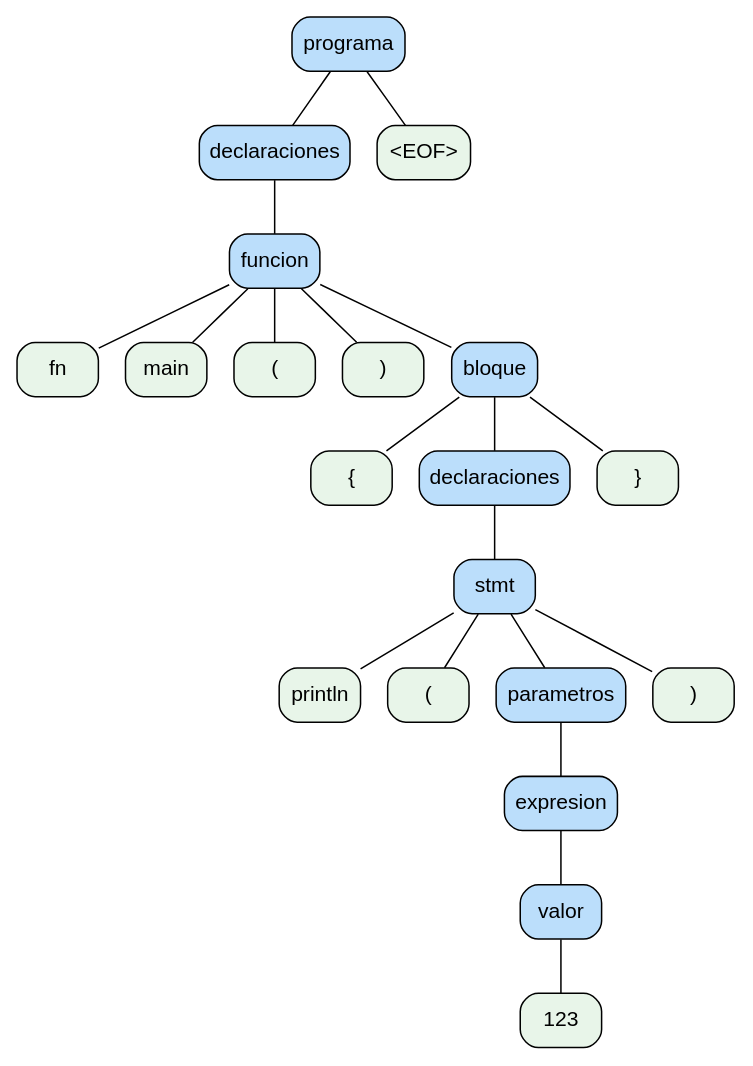
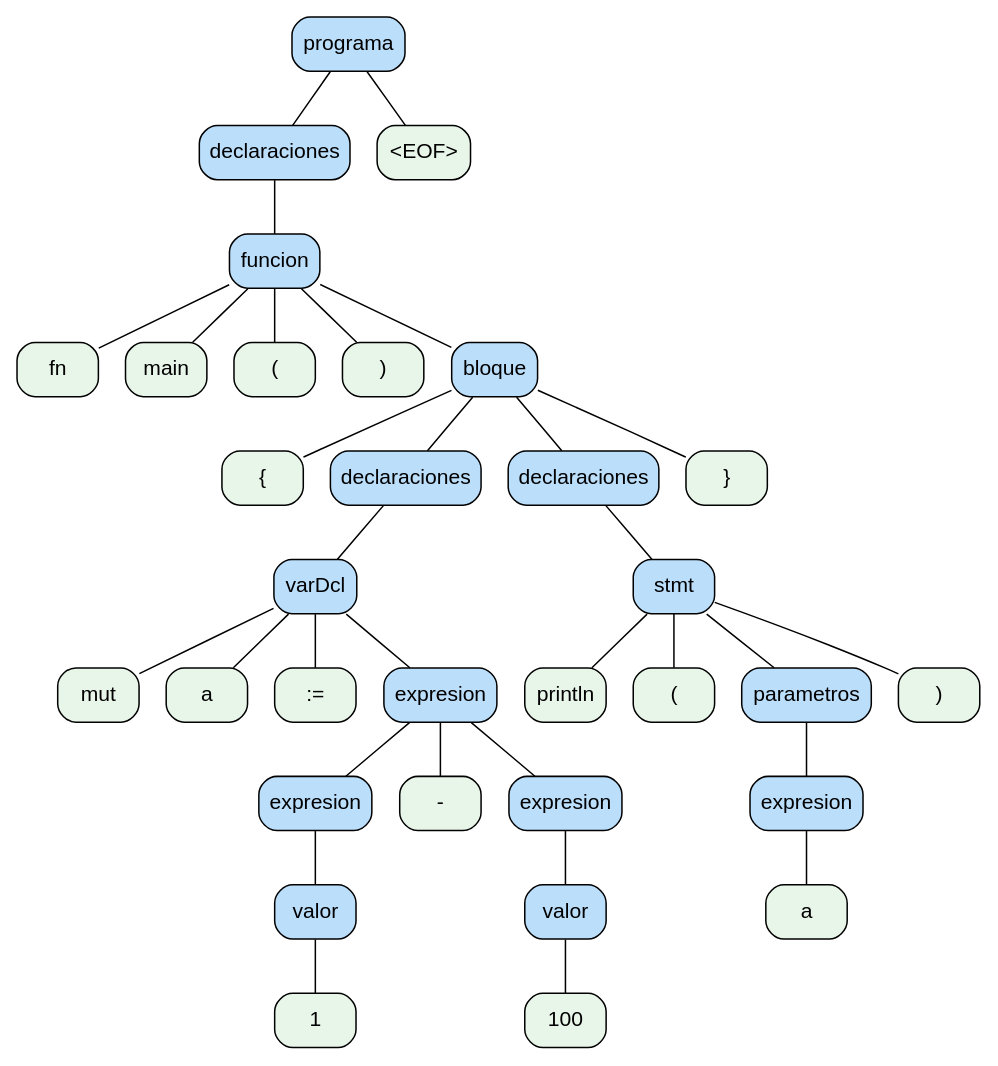
Before and after one commit to YairCarrito45/-OLC2_Proyecto2_G19: the diagram in ast.dot, drawn with Graphviz. The commit also changed 5 other files, not shown here.

```diff
--- a/ast.dot
+++ b/ast.dot
@@ -1,43 +1,67 @@
 digraph G {
   node [shape=box, style="rounded,filled", fontname="Arial"];
   edge [arrowhead=none];
   0 [label="programa", fillcolor="#bbdefb"];
   1 [label="declaraciones", fillcolor="#bbdefb"];
   2 [label="funcion", fillcolor="#bbdefb"];
   3 [label="fn", fillcolor="#e8f5e9"];
   2 -> 3;
   4 [label="main", fillcolor="#e8f5e9"];
   2 -> 4;
   5 [label="(", fillcolor="#e8f5e9"];
   2 -> 5;
   6 [label=")", fillcolor="#e8f5e9"];
   2 -> 6;
   7 [label="bloque", fillcolor="#bbdefb"];
   8 [label="{", fillcolor="#e8f5e9"];
   7 -> 8;
   9 [label="declaraciones", fillcolor="#bbdefb"];
-  10 [label="stmt", fillcolor="#bbdefb"];
-  11 [label="println", fillcolor="#e8f5e9"];
+  10 [label="varDcl", fillcolor="#bbdefb"];
+  11 [label="mut", fillcolor="#e8f5e9"];
   10 -> 11;
-  12 [label="(", fillcolor="#e8f5e9"];
+  12 [label="a", fillcolor="#e8f5e9"];
   10 -> 12;
-  13 [label="parametros", fillcolor="#bbdefb"];
+  13 [label=":=", fillcolor="#e8f5e9"];
+  10 -> 13;
   14 [label="expresion", fillcolor="#bbdefb"];
-  15 [label="valor", fillcolor="#bbdefb"];
-  16 [label="123", fillcolor="#e8f5e9"];
+  15 [label="expresion", fillcolor="#bbdefb"];
+  16 [label="valor", fillcolor="#bbdefb"];
+  17 [label="1", fillcolor="#e8f5e9"];
+  16 -> 17;
   15 -> 16;
   14 -> 15;
-  13 -> 14;
-  10 -> 13;
-  17 [label=")", fillcolor="#e8f5e9"];
-  10 -> 17;
+  18 [label="-", fillcolor="#e8f5e9"];
+  14 -> 18;
+  19 [label="expresion", fillcolor="#bbdefb"];
+  20 [label="valor", fillcolor="#bbdefb"];
+  21 [label="100", fillcolor="#e8f5e9"];
+  20 -> 21;
+  19 -> 20;
+  14 -> 19;
+  10 -> 14;
   9 -> 10;
   7 -> 9;
-  18 [label="}", fillcolor="#e8f5e9"];
-  7 -> 18;
+  22 [label="declaraciones", fillcolor="#bbdefb"];
+  23 [label="stmt", fillcolor="#bbdefb"];
+  24 [label="println", fillcolor="#e8f5e9"];
+  23 -> 24;
+  25 [label="(", fillcolor="#e8f5e9"];
+  23 -> 25;
+  26 [label="parametros", fillcolor="#bbdefb"];
+  27 [label="expresion", fillcolor="#bbdefb"];
+  28 [label="a", fillcolor="#e8f5e9"];
+  27 -> 28;
+  26 -> 27;
+  23 -> 26;
+  29 [label=")", fillcolor="#e8f5e9"];
+  23 -> 29;
+  22 -> 23;
+  7 -> 22;
+  30 [label="}", fillcolor="#e8f5e9"];
+  7 -> 30;
   2 -> 7;
   1 -> 2;
   0 -> 1;
-  19 [label="<EOF>", fillcolor="#e8f5e9"];
-  0 -> 19;
+  31 [label="<EOF>", fillcolor="#e8f5e9"];
+  0 -> 31;
 }
```
